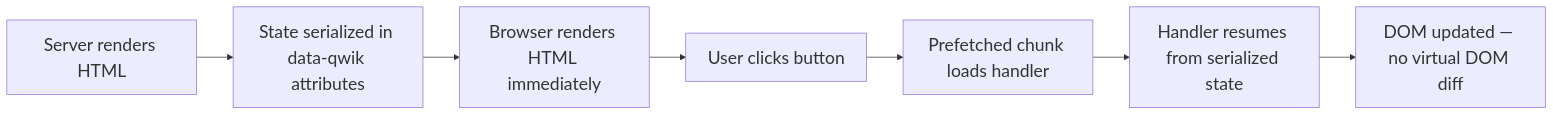
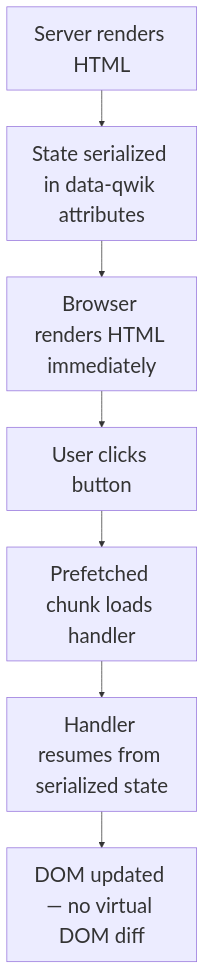
One commit to j4flmao/agent-skills changed the diagram in skills/frontend/qwik/patterns/references/resumable-patterns.md. Above: the diagram before and after it, drawn with Mermaid. The commit also changed 826 other files, not shown here.

Commit message:
style(skills): Revert to TD layout and add useMaxWidth=false to prevent Mermaid diagram compression

````diff
--- a/skills/frontend/qwik/patterns/references/resumable-patterns.md
+++ b/skills/frontend/qwik/patterns/references/resumable-patterns.md
@@ -15,10 +15,10 @@
 ```mermaid
-%%{init: {"theme": "default", "themeVariables": {"fontSize": "24px"}}}%%
-flowchart LR
+%%{init: {"theme": "default", "themeVariables": {"fontSize": "28px"}, "flowchart": {"useMaxWidth": false}}}%%
+flowchart TD
     A[Server renders HTML] --> B[State serialized in data-qwik attributes]
     B --> C[Browser renders HTML immediately]
     C --> D[User clicks button]
     D --> E[Prefetched chunk loads handler]
     E --> F[Handler resumes from serialized state]
     F --> G[DOM updated — no virtual DOM diff]
 ```
````
